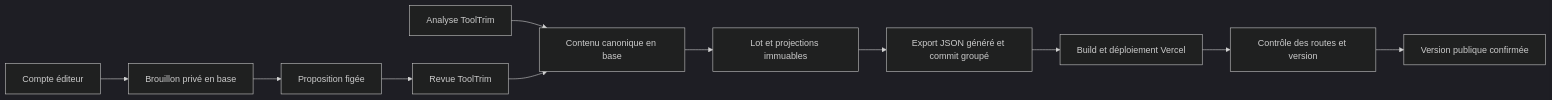
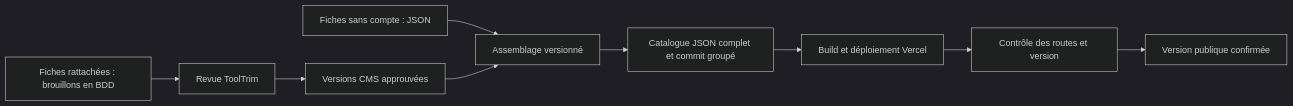
Before and after one commit to mbloch-design/toolstack-wizard: the second of 2 diagrams in docs/superpowers/specs/2026-11-16-cms-editeurs-design.md, drawn with Mermaid (dark theme). The commit also changed other lines of this file and 6 other files, not shown here.

Commit message:
feat(cms): start selective catalogue reconciliation

````diff
--- a/docs/superpowers/specs/2026-11-16-cms-editeurs-design.md
+++ b/docs/superpowers/specs/2026-11-16-cms-editeurs-design.md
@@ -265,13 +280,11 @@
 ```mermaid
 flowchart LR
-  P[Compte éditeur] --> D[Brouillon privé en base]
-  D --> S[Proposition figée]
-  S --> R[Revue ToolTrim]
-  A[Analyse ToolTrim] --> C[Contenu canonique en base]
-  R --> C
-  C --> V[Lot et projections immuables]
-  V --> G[Export JSON généré et commit groupé]
+  J[Fiches sans compte : JSON] --> V[Assemblage versionné]
+  P[Fiches rattachées : brouillons en BDD] --> R[Revue ToolTrim]
+  R --> C[Versions CMS approuvées]
+  C --> V
+  V --> G[Catalogue JSON complet et commit groupé]
   G --> B[Build et déploiement Vercel]
   B --> K[Contrôle des routes et version]
   K --> L[Version publique confirmée]
 ```
````
